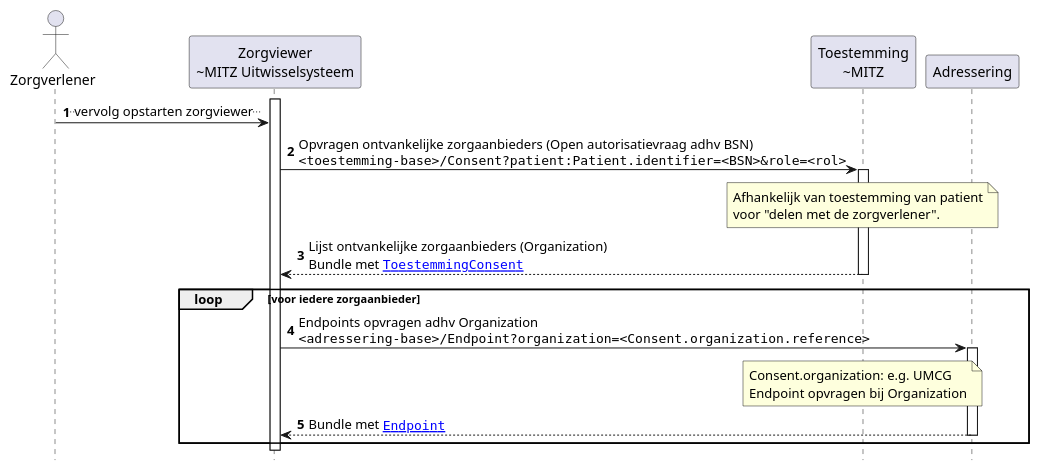
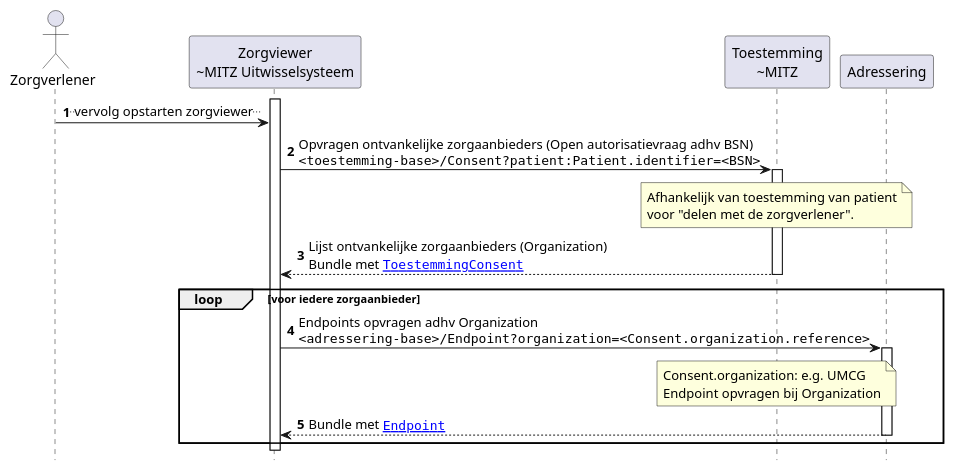
Before and after one commit to RIVO-Noord/zorgviewer-ig: the diagram in input/images-source/Zorgviewer-seq-2.plantuml, drawn with PlantUML. The commit also changed 3 other files, not shown here.

```diff
--- a/input/images-source/Zorgviewer-seq-2.plantuml
+++ b/input/images-source/Zorgviewer-seq-2.plantuml
@@ -1,31 +1,31 @@
 @startuml
 hide footbox
 autonumber
 
 actor Zorgverlener
 participant "Zorgviewer\n~MITZ Uitwisselsysteem" as Zorgviewer
 participant "Toestemming\n~MITZ" as Toestemming
 participant Adressering
 
 activate Zorgviewer
 Zorgverlener->Zorgviewer: ..vervolg opstarten zorgviewer..
-Zorgviewer->Toestemming: Opvragen ontvankelijke zorgaanbieders (Open autorisatievraag adhv BSN)\n""<toestemming-base>/Consent?patient:Patient.identifier=<BSN>&role=<rol>""
+Zorgviewer->Toestemming: Opvragen ontvankelijke zorgaanbieders (Open autorisatievraag adhv BSN)\n""<toestemming-base>/Consent?patient:Patient.identifier=<BSN>""
 note over Toestemming: Afhankelijk van toestemming van patient\nvoor "delen met de zorgverlener".
 activate Toestemming
 Toestemming-->Zorgviewer: Lijst ontvankelijke zorgaanbieders (Organization)\nBundle met ""[[StructureDefinition-ToestemmingConsent.html ToestemmingConsent]]""
 deactivate Toestemming
 
 loop voor iedere zorgaanbieder
   Zorgviewer->Adressering: Endpoints opvragen adhv Organization\n""<adressering-base>/Endpoint?organization=<Consent.organization.reference>""
   note over Toestemming
     Consent.organization: e.g. UMCG
     Endpoint opvragen bij Organization
   end note
   activate Adressering
   Adressering-->Zorgviewer: Bundle met ""[[StructureDefinition-Endpoint.html Endpoint]]""
   deactivate Adressering
 end loop
 
 deactivate Zorgviewer
 
 @enduml
```
